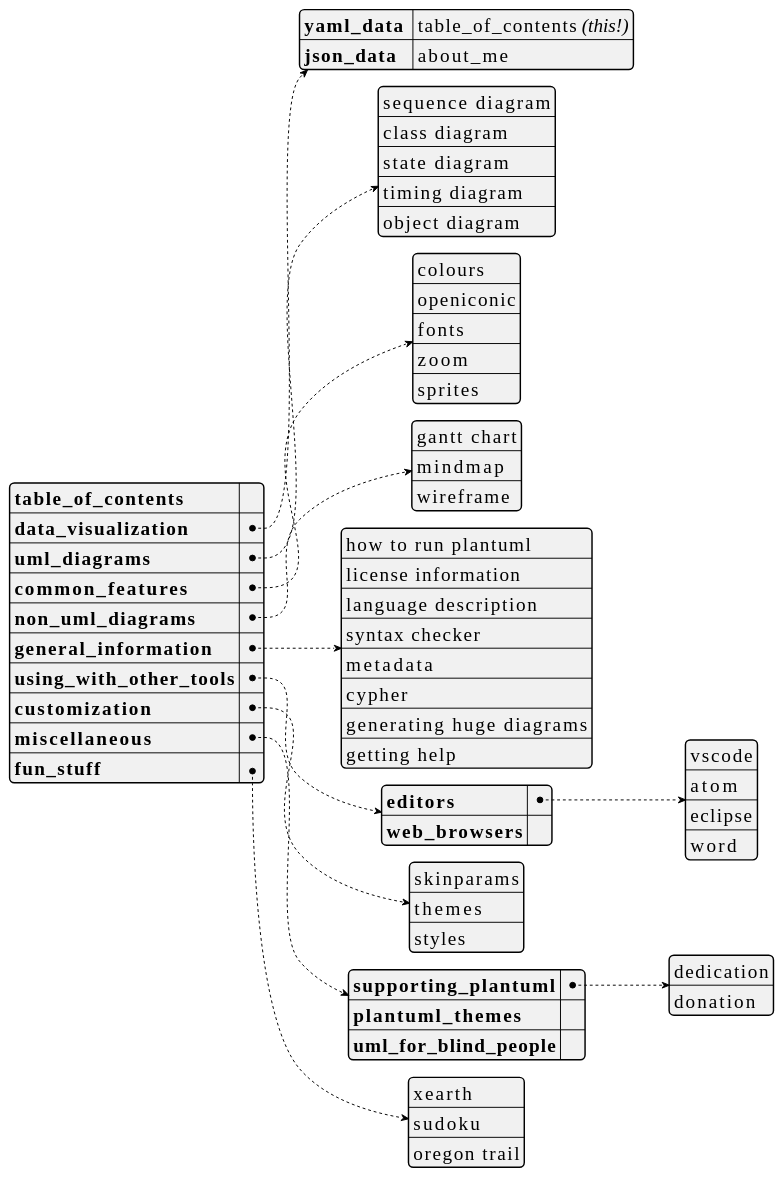
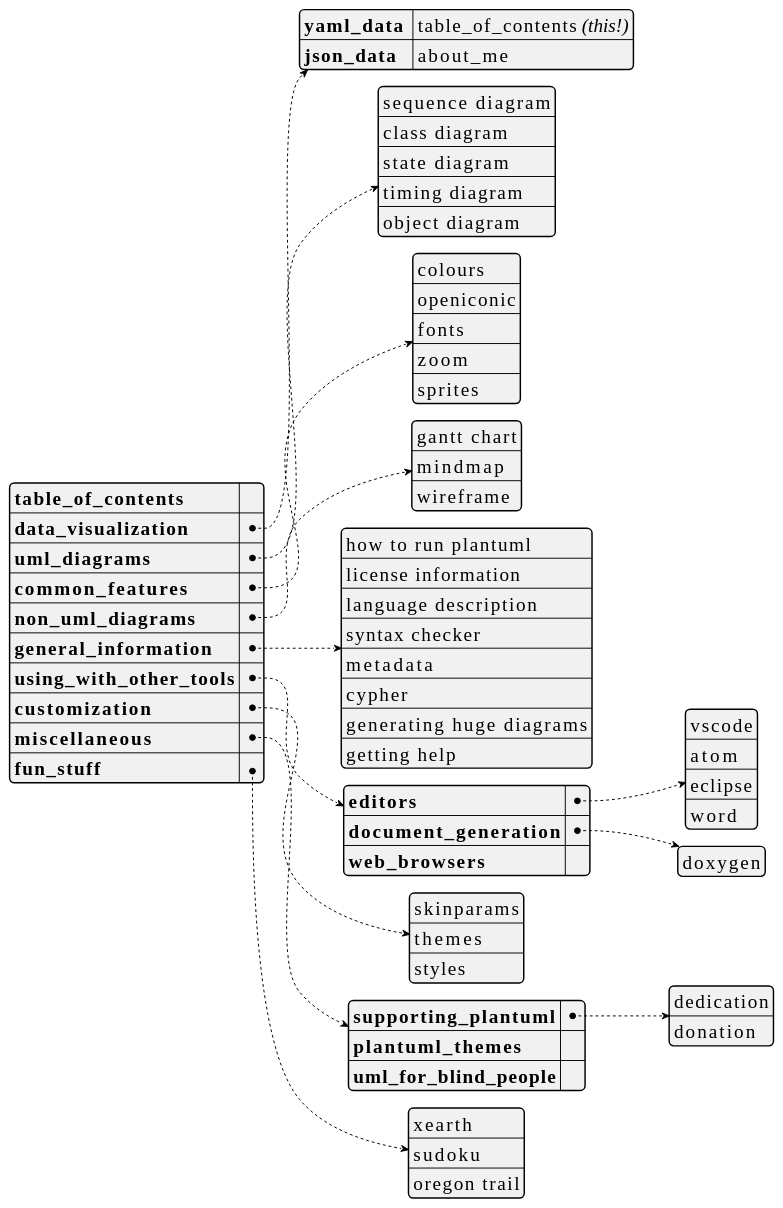
Before and after one commit to dragondive/heavens-arena: the first of 35 diagrams in plantuml_demo.md, drawn with PlantUML. The commit also changed other lines of this file and 1 other file, not shown here.

Commit message:
added integration: doxygen

````diff
--- a/plantuml_demo.md
+++ b/plantuml_demo.md
@@ -27,73 +27,75 @@
 ```plantuml
 @startyaml
 <style>
 yamlDiagram {
     node {
         ' use a constant width font because that's what developers do.
         FontName Consolas
         FontSize 20
     }
 }
 </style>
 
 /'TODO:
 It would be cool to hyperlink the entries in the table_of_contents to the
 respective section in the document. Not only would it further accentuate the
 [Medium Awareness](https://tvtropes.org/pmwiki/pmwiki.php/Main/MediumAwareness)
 of this yaml document, but also augment the
 [Anachronic Order](https://tvtropes.org/pmwiki/pmwiki.php/Main/AnachronicOrder)
 of the outer markdown document.
 '/
 
 **table_of_contents**: ""  /' workaround: empty string here to avoid dummy link '/
 data_visualization:
     yaml_data : table_of_contents //(this!)//
     json_data : about_me
 uml_diagrams:
     - sequence diagram
     - class diagram
     - state diagram
     - timing diagram
     - object diagram
 common_features:
     - colours
     - openiconic
     - fonts
     - zoom
     - sprites
 non_uml_diagrams:
     - gantt chart
     - mindmap
     - wireframe
 general_information:
     - how to run plantuml
     - license information
     - language description
     - syntax checker
     - metadata
     - cypher
     - generating huge diagrams
     - getting help
 using_with_other_tools:
     editors:
         - vscode
         - atom
         - eclipse
         - word
+    document_generation:
+        - doxygen
     web_browsers: ""
 customization:
     - skinparams
     - themes
     - styles
 miscellaneous:
     supporting_plantuml:
         - dedication
         - donation
     plantuml_themes: ""
     uml_for_blind_people: ""
 fun_stuff:
     - xearth
     - sudoku
     - oregon trail
 @endyaml
 ```
````
